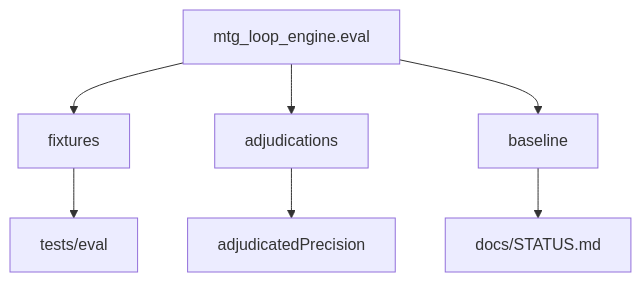
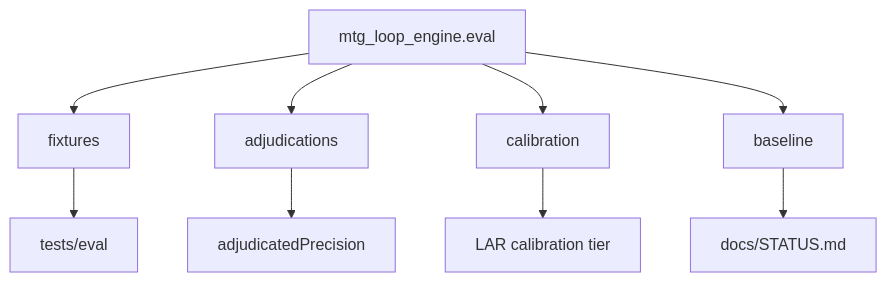
One commit to witzbeck/mtg-loop-engine changed the diagram in eval/README.md. Above: the diagram before and after it, drawn with Mermaid. The commit also changed other lines of this file and 25 other files, not shown here.

````diff
--- a/eval/README.md
+++ b/eval/README.md
@@ -13,9 +13,11 @@
 ```mermaid
 graph TB;
   pkgEval[mtg_loop_engine.eval] --> fixtures[fixtures];
   pkgEval --> adjudications[adjudications];
+  pkgEval --> calibration[calibration];
   pkgEval --> baseline[baseline];
   fixtures --> tests[tests/eval];
   adjudications --> precision[adjudicatedPrecision];
+  calibration --> lar[LAR calibration tier];
   baseline --> status[docs/STATUS.md];
 ```
````
